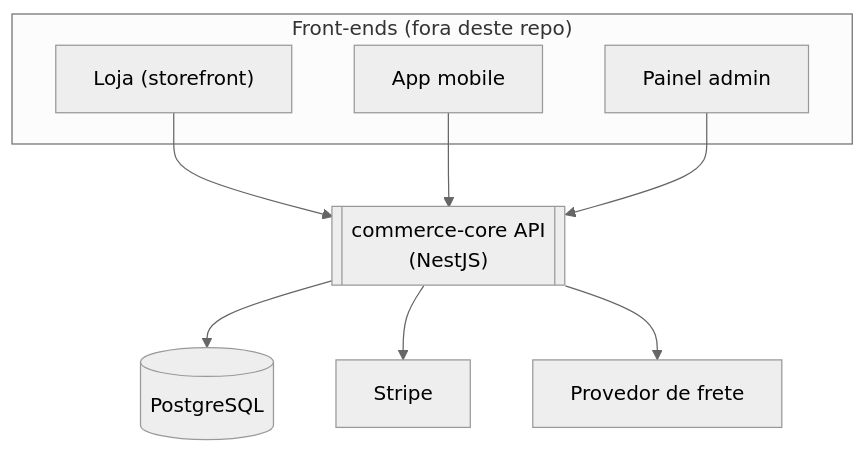
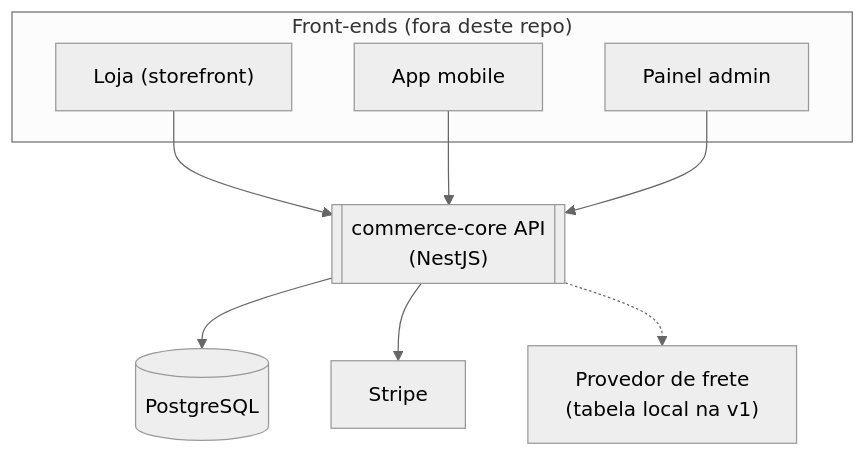
The diagram in docs/architecture/overview.md (ArtRiv/commerce-core), drawn with Mermaid (neutral theme) before and after one commit. The commit also changed other lines of this file and 33 other files, not shown here.

````diff
--- a/docs/architecture/overview.md
+++ b/docs/architecture/overview.md
@@ -12,21 +15,21 @@
 ```mermaid
 flowchart TB
     subgraph clients["Front-ends (fora deste repo)"]
         store["Loja (storefront)"]
         mobile["App mobile"]
         admin["Painel admin"]
     end
 
     core[["commerce-core API<br/>(NestJS)"]]
 
     db[("PostgreSQL")]
     stripe["Stripe"]
-    shipping["Provedor de frete"]
+    shipping["Provedor de frete<br/>(tabela local na v1)"]
 
     store --> core
     mobile --> core
     admin --> core
     core --> db
     core --> stripe
-    core --> shipping
+    core -.-> shipping
 ```
````
